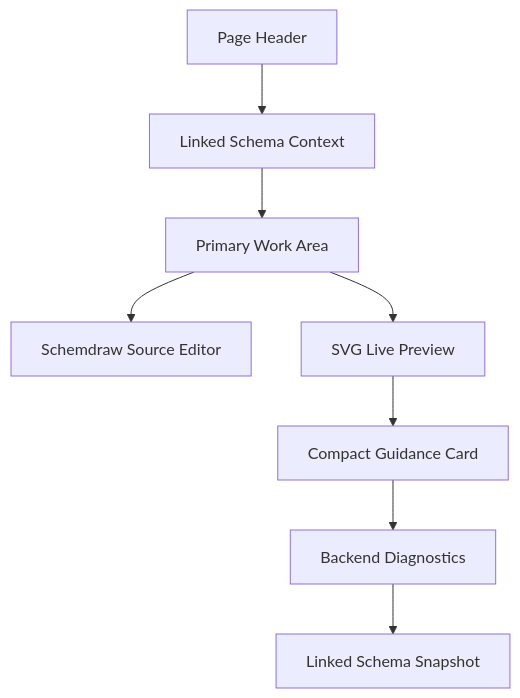
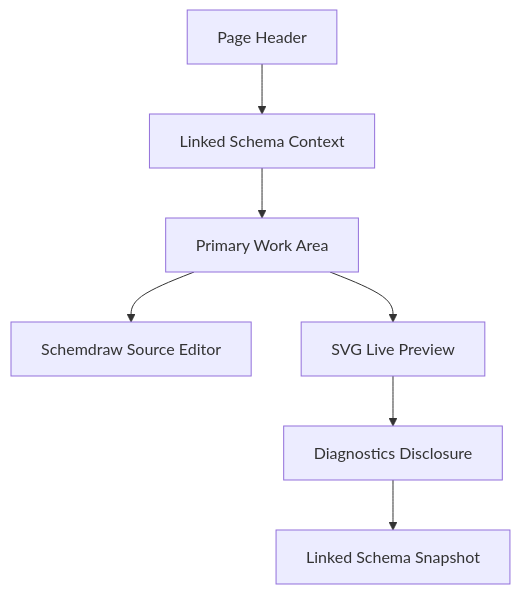
Before and after one commit to arfiligol/superconducting-circuits-research-workbench: the diagram in docs/reference/app/frontend/research-workflow/schemdraw.md, drawn with Mermaid. The commit also changed other lines of this file and 155 other files, not shown here.

````diff
--- a/docs/reference/app/frontend/research-workflow/schemdraw.md
+++ b/docs/reference/app/frontend/research-workflow/schemdraw.md
@@ -73,10 +72,9 @@
 ```mermaid
 flowchart TD
     Header["Page Header"] --> Context["Linked Schema Context"]
     Context --> Main["Primary Work Area"]
     Main --> Editor["Schemdraw Source Editor"]
     Main --> Preview["SVG Live Preview"]
-    Preview --> Guidance["Compact Guidance Card"]
-    Guidance --> Diagnostics["Backend Diagnostics"]
+    Preview --> Diagnostics["Diagnostics Disclosure"]
     Diagnostics --> Snapshot["Linked Schema Snapshot"]
 ```
````
